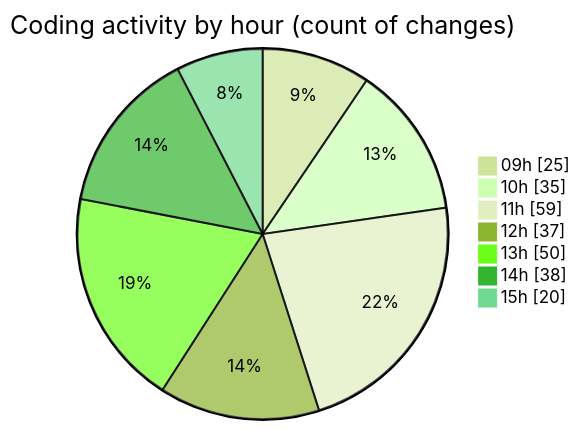
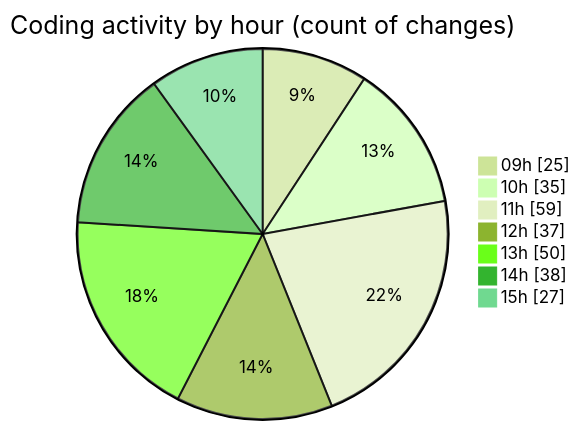
Before and after one commit to momahboobian/code-tracking: the second of 2 diagrams in 2025-08-22/cda/README.md, drawn with Mermaid (forest theme). The commit also changed other lines of this file and 1 other file, not shown here.

````diff
--- a/2025-08-22/cda/README.md
+++ b/2025-08-22/cda/README.md
@@ -53,11 +53,11 @@
 ```mermaid
 pie showData
 title Coding activity by hour (count of changes)
 "09h" : 25
 "10h" : 35
 "11h" : 59
 "12h" : 37
 "13h" : 50
 "14h" : 38
-"15h" : 20
+"15h" : 27
 ```
````
